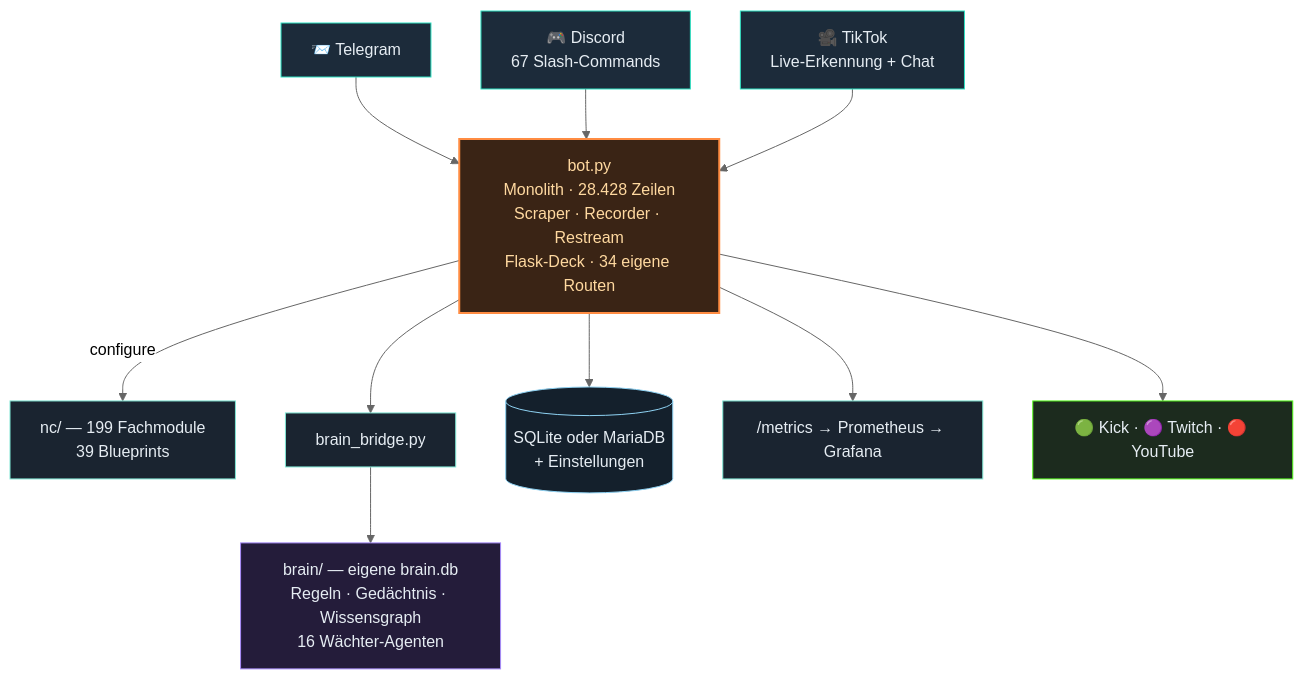
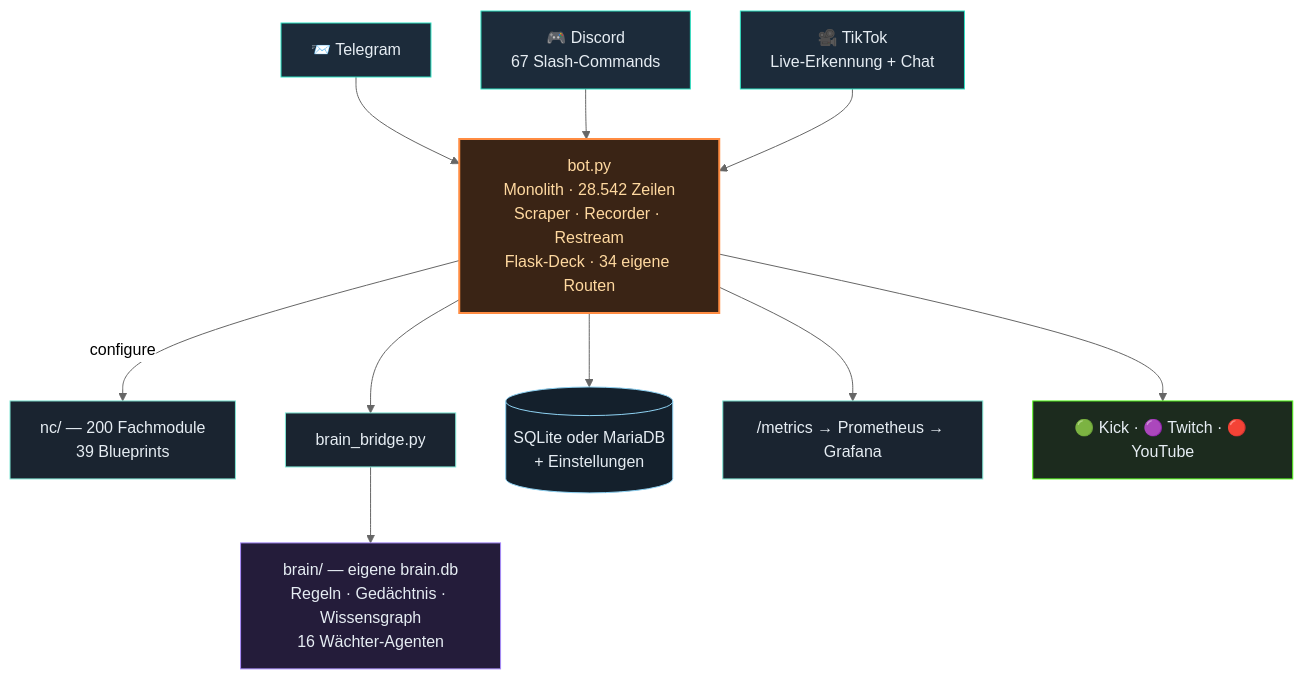
One commit to itsamemedev/Telegram-Stream-Info-Bot changed the second of 3 diagrams in README.md. Above: the diagram before and after it, drawn with Mermaid (neutral theme). The commit also changed other lines of this file and 24 other files, not shown here.

````diff
--- a/README.md
+++ b/README.md
@@ -118,19 +118,19 @@
 ```mermaid
 flowchart TB
     TG["📨 Telegram"]:::ein --> BOT
     DC["🎮 Discord<br/>67 Slash-Commands"]:::ein --> BOT
     TT["🎥 TikTok<br/>Live-Erkennung + Chat"]:::ein --> BOT
-    BOT["bot.py<br/>Monolith · 28.428 Zeilen<br/>Scraper · Recorder · Restream<br/>Flask-Deck · 34 eigene Routen"]:::core
-    BOT -->|configure| NC["nc/ — 199 Fachmodule<br/>39 Blueprints"]:::lib
+    BOT["bot.py<br/>Monolith · 28.542 Zeilen<br/>Scraper · Recorder · Restream<br/>Flask-Deck · 34 eigene Routen"]:::core
+    BOT -->|configure| NC["nc/ — 200 Fachmodule<br/>39 Blueprints"]:::lib
     BOT --> BR["brain_bridge.py"]:::lib
     BR --> BRAIN["brain/ — eigene brain.db<br/>Regeln · Gedächtnis · Wissensgraph<br/>16 Wächter-Agenten"]:::brain
     BOT --> DB[("SQLite oder MariaDB<br/>+ Einstellungen")]:::db
     BOT --> PROM["/metrics → Prometheus → Grafana"]:::lib
     BOT --> OUT["🟢 Kick · 🟣 Twitch · 🔴 YouTube"]:::out
     classDef ein fill:#1c2b3a,stroke:#2de1c2,color:#e6edf3
     classDef core fill:#3a2415,stroke:#ff8c42,stroke-width:2px,color:#ffd9a0
     classDef lib fill:#1a2430,stroke:#7fe7d4,color:#e6edf3
     classDef brain fill:#241c3a,stroke:#a78bfa,color:#e6edf3
     classDef db fill:#14202c,stroke:#8fd3f4,color:#e6edf3
     classDef out fill:#1c2b1e,stroke:#53fc18,color:#e6edf3
 ```
````
